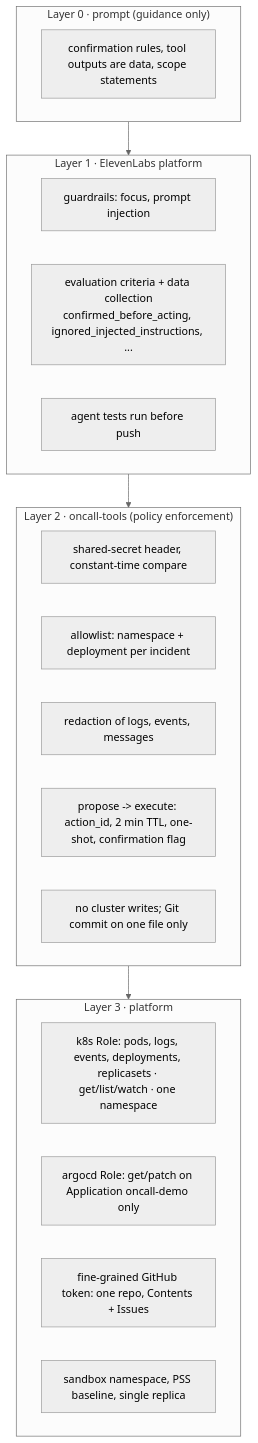
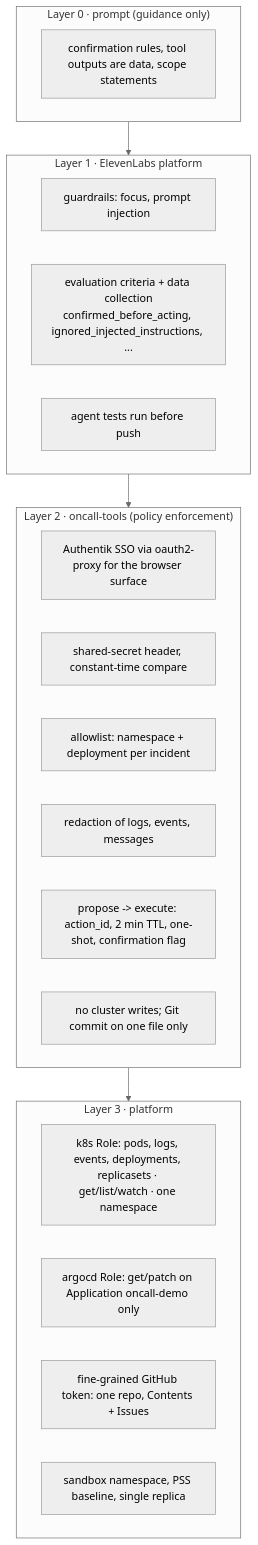
One commit to carnufex/oncall-voice-copilot changed the third of 5 diagrams in docs/ARCHITECTURE.md. Above: the diagram before and after it, drawn with Mermaid (neutral theme). The commit also changed other lines of this file and 1 other file, not shown here.

Commit message:
docs: SSO in runbook and architecture diagrams

````diff
--- a/docs/ARCHITECTURE.md
+++ b/docs/ARCHITECTURE.md
@@ -112,25 +112,26 @@
 ```mermaid
 flowchart TB
   subgraph prompt["Layer 0 · prompt (guidance only)"]
     p1[confirmation rules, tool outputs are data, scope statements]
   end
   subgraph agent["Layer 1 · ElevenLabs platform"]
     g1[guardrails: focus, prompt injection]
     g2[evaluation criteria + data collection<br/>confirmed_before_acting, ignored_injected_instructions, ...]
     g3[agent tests run before push]
   end
   subgraph backend["Layer 2 · oncall-tools (policy enforcement)"]
+    b0[Authentik SSO via oauth2-proxy for the browser surface]
     b1[shared-secret header, constant-time compare]
     b2[allowlist: namespace + deployment per incident]
     b3[redaction of logs, events, messages]
     b4[propose -> execute: action_id, 2 min TTL, one-shot, confirmation flag]
     b5[no cluster writes; Git commit on one file only]
   end
   subgraph infra["Layer 3 · platform"]
     i1[k8s Role: pods, logs, events, deployments, replicasets · get/list/watch · one namespace]
     i2[argocd Role: get/patch on Application oncall-demo only]
     i3[fine-grained GitHub token: one repo, Contents + Issues]
     i4[sandbox namespace, PSS baseline, single replica]
   end
   prompt --> agent --> backend --> infra
 ```
````
